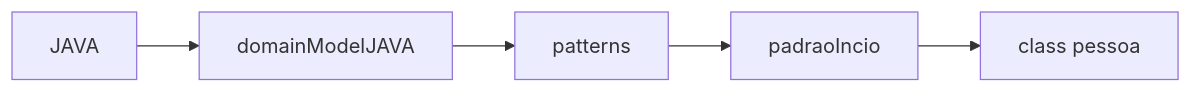
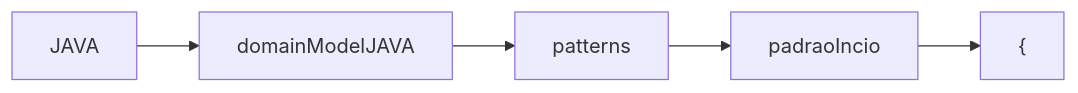
The third of 3 diagrams in mapeando-codigo.md (HamiltonVentura/MapperIdea), drawn with Mermaid before and after one commit.

````diff
--- a/mapeando-codigo.md
+++ b/mapeando-codigo.md
@@ -37,7 +37,7 @@
  ```mermaid
 flowchart LR
      JAVA --> domainModelJAVA;
      domainModelJAVA --> patterns;
      patterns --> padraoIncio;
-     padraoIncio --> B["class pessoa"];
+     padraoIncio --> B["{"];
 ```
````
